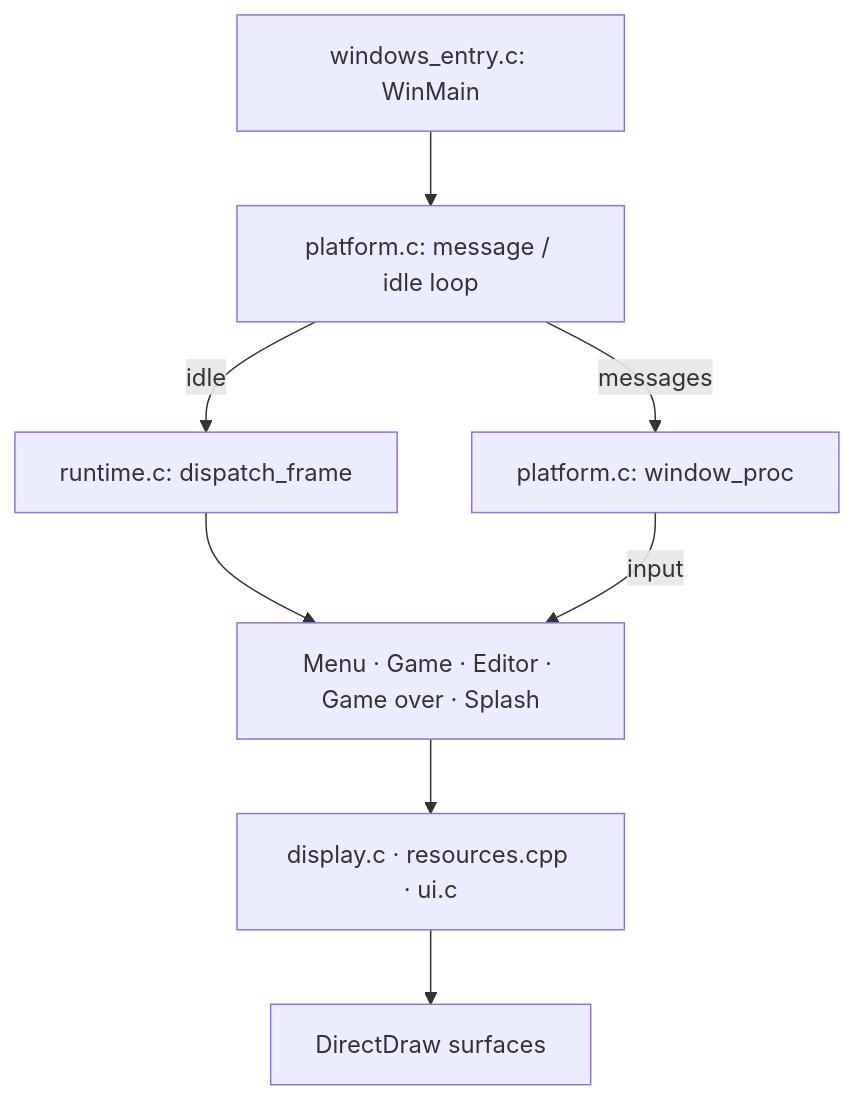
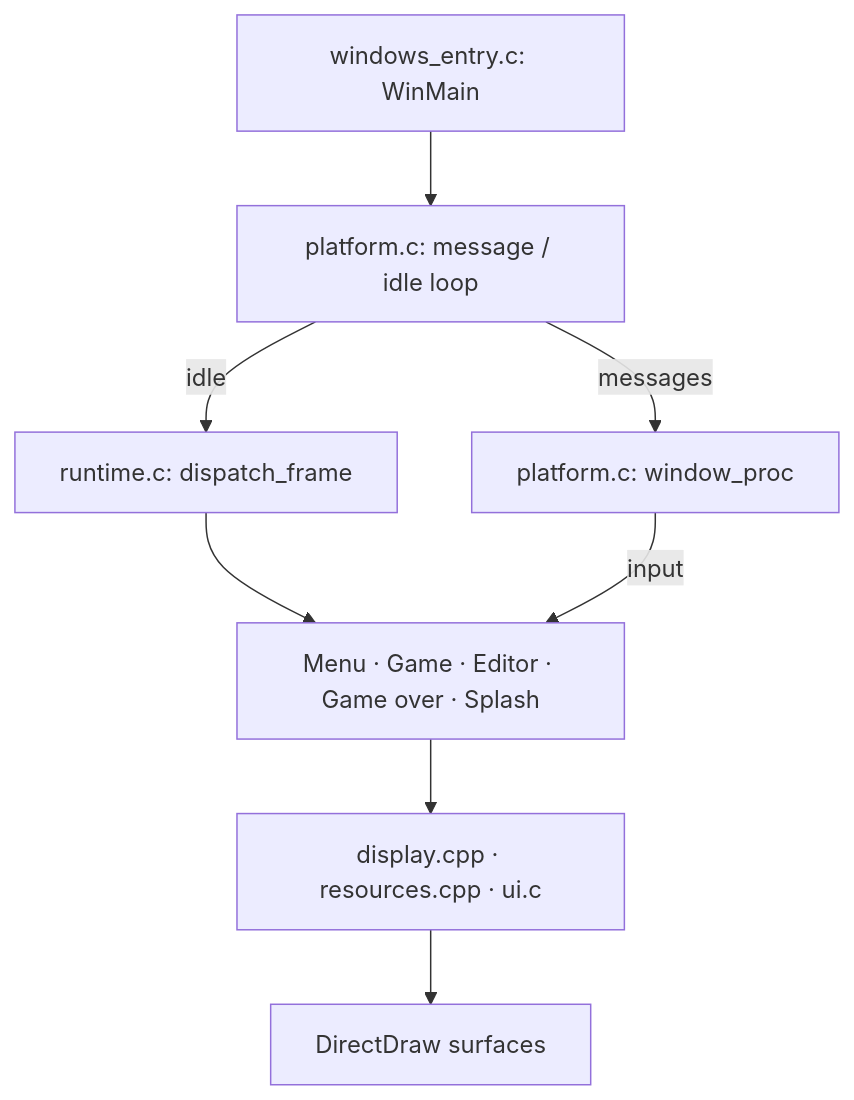
One commit to N0zoM1z0/dx-ball changed the diagram in docs/ARCHITECTURE.md. Above: the diagram before and after it, drawn with Mermaid. The commit also changed other lines of this file and 16 other files, not shown here.

````diff
--- a/docs/ARCHITECTURE.md
+++ b/docs/ARCHITECTURE.md
@@ -15,10 +15,10 @@
 ```mermaid
 flowchart TD
     Entry["windows_entry.c: WinMain"] --> Loop["platform.c: message / idle loop"]
     Loop -->|idle| Dispatch["runtime.c: dispatch_frame"]
     Loop -->|messages| Input["platform.c: window_proc"]
     Dispatch --> Modes["Menu · Game · Editor · Game over · Splash"]
     Input -->|input| Modes
-    Modes --> Draw["display.c · resources.cpp · ui.c"]
+    Modes --> Draw["display.cpp · resources.cpp · ui.c"]
     Draw --> Surfaces["DirectDraw surfaces"]
 ```
````
